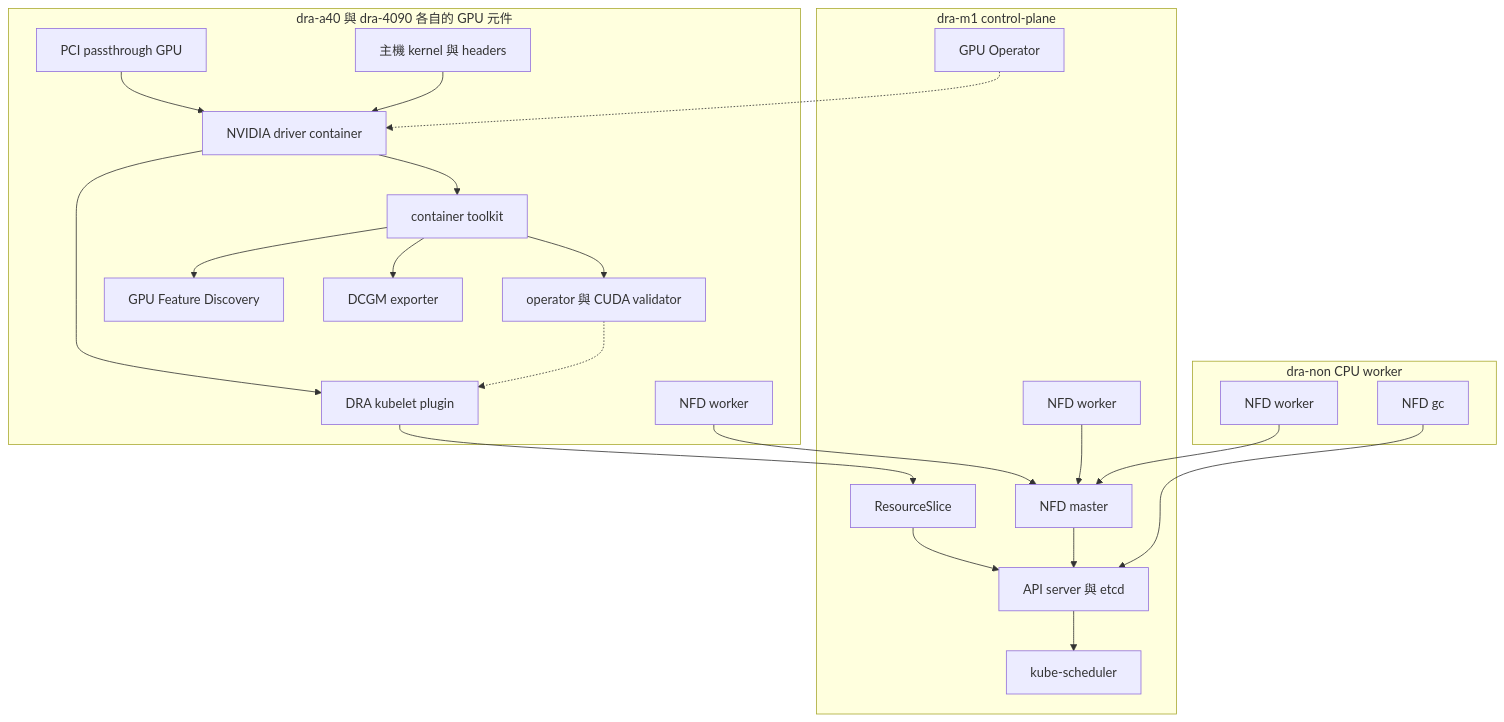
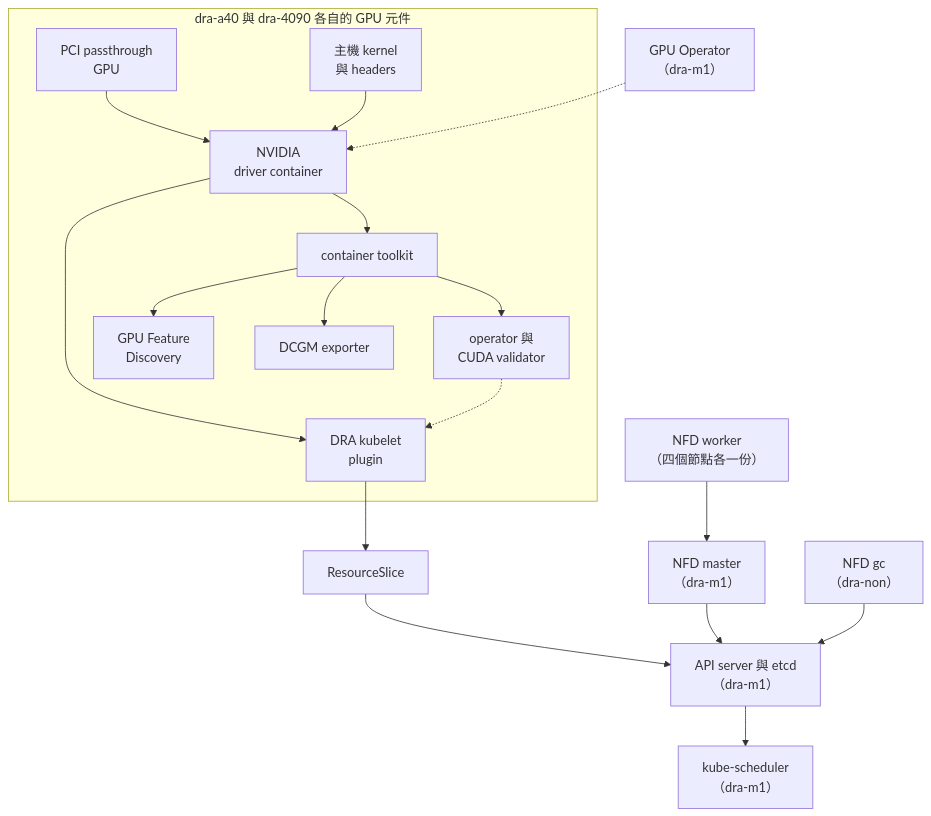
The diagram in book/02-deploy/README.md (Daniel77871/dra-gpu-sharing-in-practice), drawn with Mermaid before and after one commit. The commit also changed other lines of this file and 15 other files, not shown here.

First line of the commit message:
Fit wide Mermaid diagrams to the GitHub page width

````diff
--- a/book/02-deploy/README.md
+++ b/book/02-deploy/README.md
@@ -15,40 +15,30 @@
 ```mermaid
 flowchart TB
-    subgraph control["dra-m1 control-plane"]
-        API["API server 與 etcd"]
-        Scheduler["kube-scheduler"]
-        Operator["GPU Operator"]
-        Master["NFD master"]
-        ControlWorker["NFD worker"]
-        Slice["ResourceSlice"]
-        Slice --> API --> Scheduler
-    end
+    Operator["GPU Operator<br/>（dra-m1）"]
     subgraph gpu["dra-a40 與 dra-4090 各自的 GPU 元件"]
-        PCI["PCI passthrough GPU"]
-        Kernel["主機 kernel 與 headers"]
-        Driver["NVIDIA driver container"]
+        PCI["PCI passthrough<br/>GPU"]
+        Kernel["主機 kernel<br/>與 headers"]
+        Driver["NVIDIA<br/>driver container"]
         Toolkit["container toolkit"]
-        Validator["operator 與 CUDA validator"]
-        Plugin["DRA kubelet plugin"]
-        GPUWorker["NFD worker"]
-        GFD["GPU Feature Discovery"]
+        Validator["operator 與<br/>CUDA validator"]
+        Plugin["DRA kubelet<br/>plugin"]
+        GFD["GPU Feature<br/>Discovery"]
         Exporter["DCGM exporter"]
         PCI --> Driver
         Kernel --> Driver --> Toolkit --> Validator
         Driver --> Plugin
         Validator -.-> Plugin
         Toolkit --> GFD
         Toolkit --> Exporter
-        Plugin --> Slice
-        GPUWorker --> Master
     end
-    subgraph cpu["dra-non CPU worker"]
-        CPUWorker["NFD worker"]
-        GC["NFD gc"]
-    end
+    Worker["NFD worker<br/>（四個節點各一份）"]
+    GC["NFD gc<br/>（dra-non）"]
+    Master["NFD master<br/>（dra-m1）"]
+    Slice["ResourceSlice"]
+    API["API server 與 etcd<br/>（dra-m1）"]
+    Scheduler["kube-scheduler<br/>（dra-m1）"]
     Operator -.-> Driver
-    ControlWorker --> Master
-    CPUWorker --> Master
-    Master --> API
+    Plugin --> Slice --> API --> Scheduler
+    Worker --> Master --> API
     GC --> API
 ```
````
